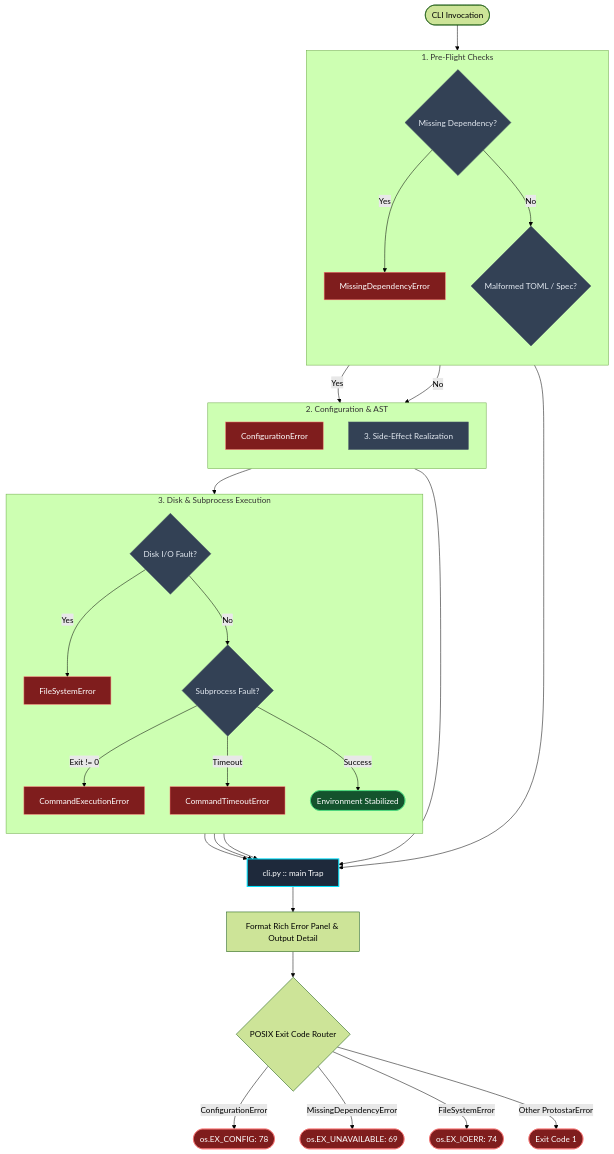
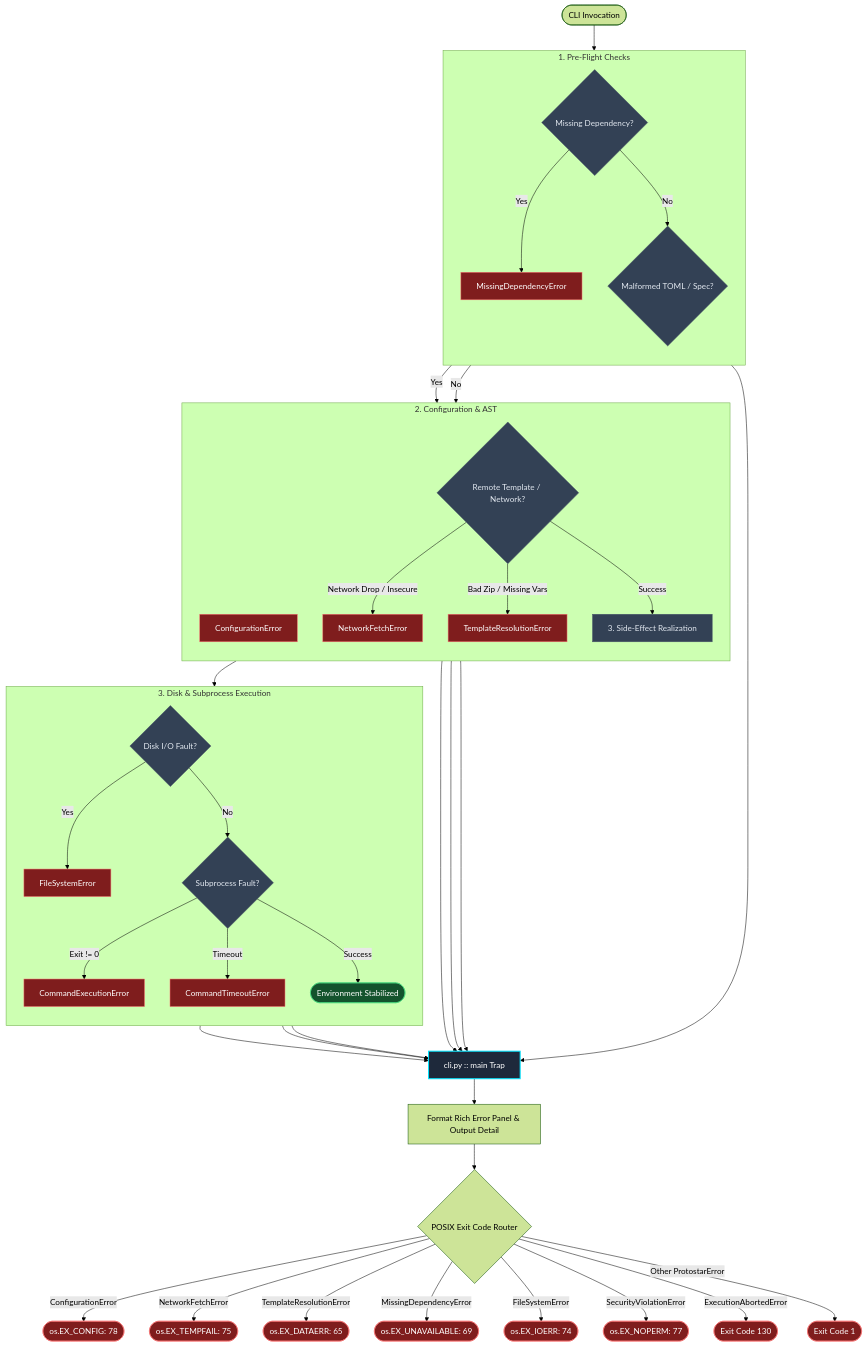
The diagram in docs/mechanics/error_handling.md (JacksonFergusonDev/protostar), drawn with Mermaid (forest theme) before and after one commit. The commit also changed other lines of this file and 14 other files, not shown here.

First line of the commit message:
refactor(errors): decompose ConfigurationError and harden error architecture (#168)

````diff
--- a/docs/mechanics/error_handling.md
+++ b/docs/mechanics/error_handling.md
@@ -33,44 +33,51 @@
 ```mermaid
 flowchart TD
     %% Styling
     classDef core fill:#1e293b,stroke:#00e5ff,stroke-width:2px,color:#fff;
     classDef phase fill:#334155,stroke:#475569,stroke-width:1px,color:#e2e8f0;
     classDef error fill:#7f1d1d,stroke:#f87171,stroke-width:1px,color:#fff;
     classDef success fill:#14532d,stroke:#4ade80,stroke-width:1px,color:#fff;
 
     Start([CLI Invocation]) --> PreFlight
 
     subgraph PreFlight [1. Pre-Flight Checks]
         direction TB
         PF{Missing Dependency?}:::phase
         PF -- Yes --> E_Dep[MissingDependencyError]:::error
         PF -- No --> Config[2. Config & Manifest Parsing]:::phase
     end
 
     subgraph Parsing [2. Configuration & AST]
         direction TB
         Config{Malformed TOML / Spec?}:::phase
         Config -- Yes --> E_Cfg[ConfigurationError]:::error
-        Config -- No --> Execution[3. Side-Effect Realization]:::phase
+        Config -- No --> Net{Remote Template / Network?}:::phase
+        Net -- Network Drop / Insecure --> E_Net[NetworkFetchError]:::error
+        Net -- Bad Zip / Missing Vars --> E_Tmpl[TemplateResolutionError]:::error
+        Net -- Success --> Execution[3. Side-Effect Realization]:::phase
     end
 
     subgraph SideEffects [3. Disk & Subprocess Execution]
         direction TB
         Execution --> Disk{Disk I/O Fault?}:::phase
         Disk -- Yes --> E_FS[FileSystemError]:::error
         Disk -- No --> Sub{Subprocess Fault?}:::phase
         Sub -- Exit != 0 --> E_Exec[CommandExecutionError]:::error
         Sub -- Timeout --> E_Time[CommandTimeoutError]:::error
         Sub -- Success --> End([Environment Stabilized]):::success
     end
 
-    E_Dep & E_Cfg & E_FS & E_Exec & E_Time --> Handler[cli.py :: main Trap]:::core
+    E_Dep & E_Cfg & E_Net & E_Tmpl & E_FS & E_Exec & E_Time --> Handler[cli.py :: main Trap]:::core
 
     Handler --> Panel[Format Rich Error Panel & Output Detail]
     Panel --> POSIX{POSIX Exit Code Router}
 
     POSIX -- ConfigurationError --> EX78([os.EX_CONFIG: 78]):::error
+    POSIX -- NetworkFetchError --> EX75([os.EX_TEMPFAIL: 75]):::error
+    POSIX -- TemplateResolutionError --> EX65([os.EX_DATAERR: 65]):::error
     POSIX -- MissingDependencyError --> EX69([os.EX_UNAVAILABLE: 69]):::error
     POSIX -- FileSystemError --> EX74([os.EX_IOERR: 74]):::error
+    POSIX -- SecurityViolationError --> EX77([os.EX_NOPERM: 77]):::error
+    POSIX -- ExecutionAbortedError --> EX130([Exit Code 130]):::error
     POSIX -- Other ProtostarError --> EX1([Exit Code 1]):::error
 ```
````
